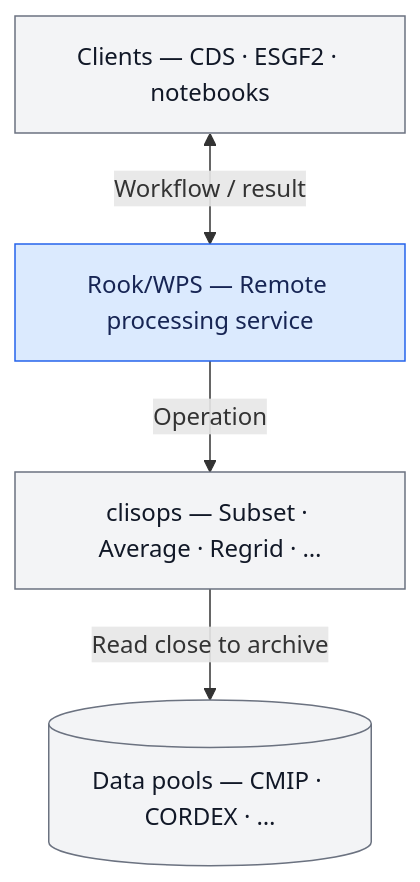
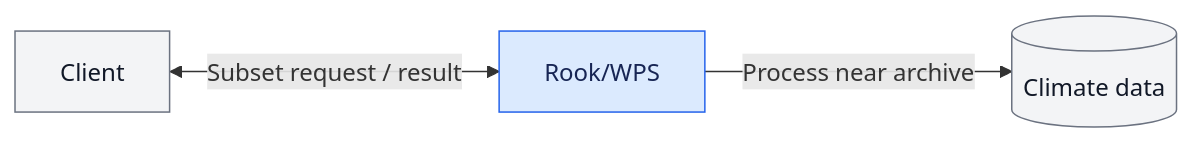
Before and after one commit to roocs/rook: the first of 10 diagrams in Rook_WPS_ESGF2_talk_draft.md, drawn with Mermaid. The commit also changed other lines of this file and 2 other files, not shown here.

````diff
--- a/Rook_WPS_ESGF2_talk_draft.md
+++ b/Rook_WPS_ESGF2_talk_draft.md
@@ -32,15 +32,9 @@
 ```mermaid
-flowchart TD
-    Clients["Clients — CDS · ESGF2 · notebooks"]
-    Rook["Rook/WPS — Remote processing service"]
-    Ops["clisops — Subset · Average · Regrid · …"]
-    Data[("Data pools — CMIP · CORDEX · …")]
-
-    Clients <-->|"Workflow / result"| Rook
-    Rook -->|"Operation"| Ops
-    Ops -->|"Read close to archive"| Data
-
+flowchart LR
+    Client["Client"] <-->|"Subset request / result"| Rook["Rook/WPS"]
+    Rook -->|"Process near archive"| Data[("Climate data")]
     classDef default fill:#f3f4f6,stroke:#6b7280,color:#111827
     classDef rook fill:#dbeafe,stroke:#2563eb,color:#172554
+    classDef new fill:#fef3c7,stroke:#b45309,color:#451a03
     class Rook rook
 ```
````
